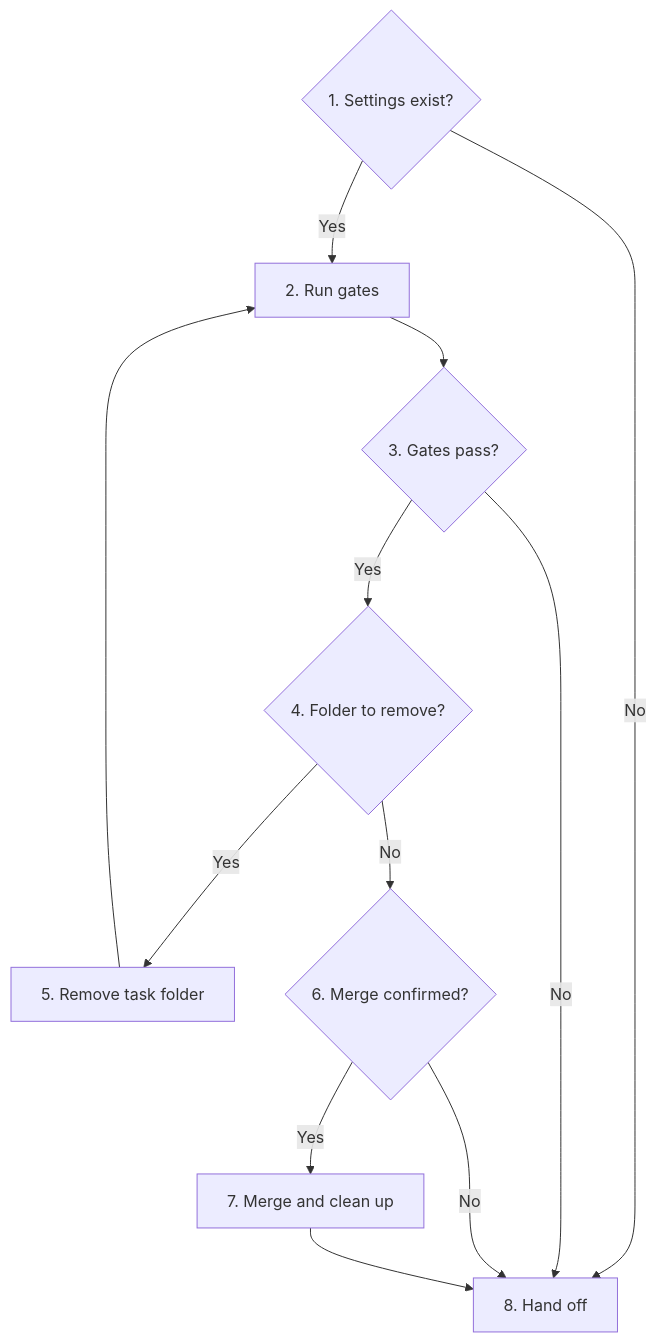
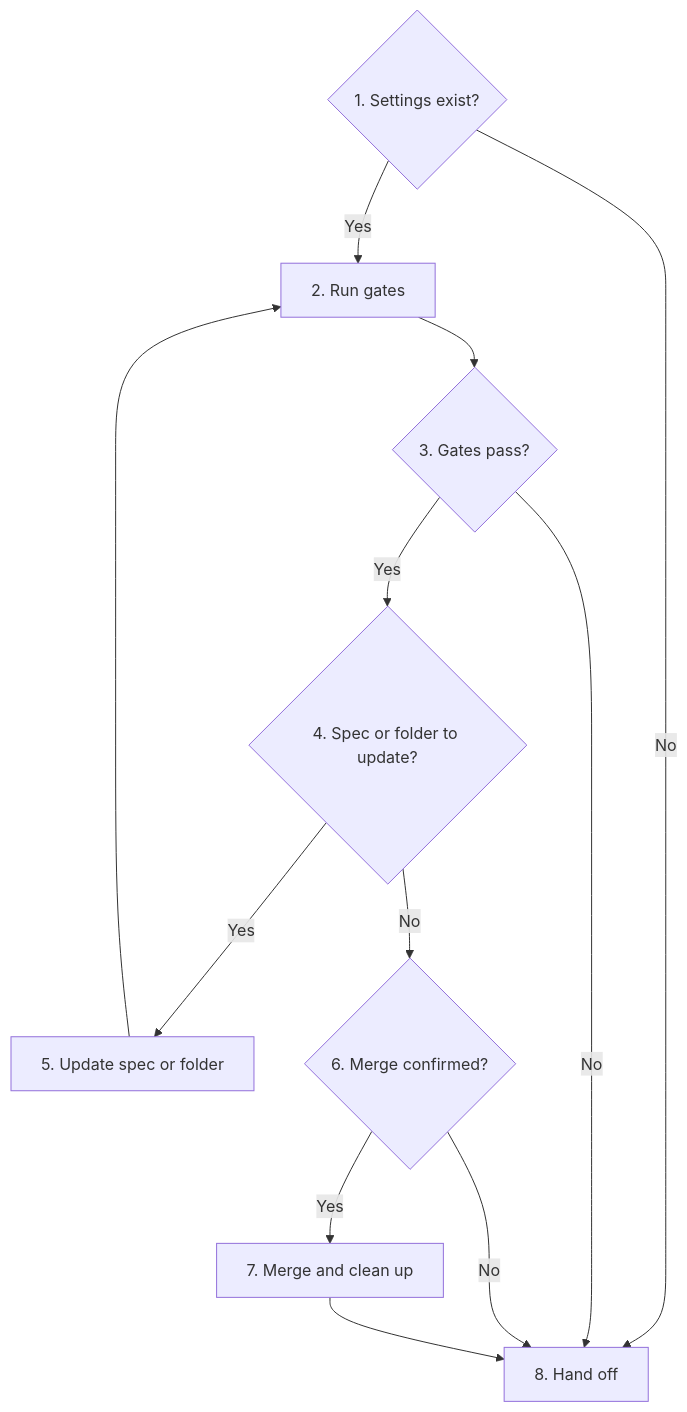
Before and after one commit to cultoftheai/skills: the diagram in skills/sdlc/ship/SKILL.md, drawn with Mermaid. The commit also changed other lines of this file and 3 other files, not shown here.

````diff
--- a/skills/sdlc/ship/SKILL.md
+++ b/skills/sdlc/ship/SKILL.md
@@ -23,23 +23,23 @@
 ```mermaid
 flowchart TD
     A{1. Settings exist?}
     B[2. Run gates]
     C{3. Gates pass?}
-    D{4. Folder to remove?}
-    E[5. Remove task folder]
+    D{4. Spec or folder to update?}
+    E[5. Update spec or folder]
     F{6. Merge confirmed?}
     G[7. Merge and clean up]
     H[8. Hand off]
 
     A -->|Yes| B
     A -->|No| H
     B --> C
     C -->|Yes| D
     C -->|No| H
     D -->|Yes| E
     D -->|No| F
     E --> B
     F -->|Yes| G
     F -->|No| H
     G --> H
 ```
````
